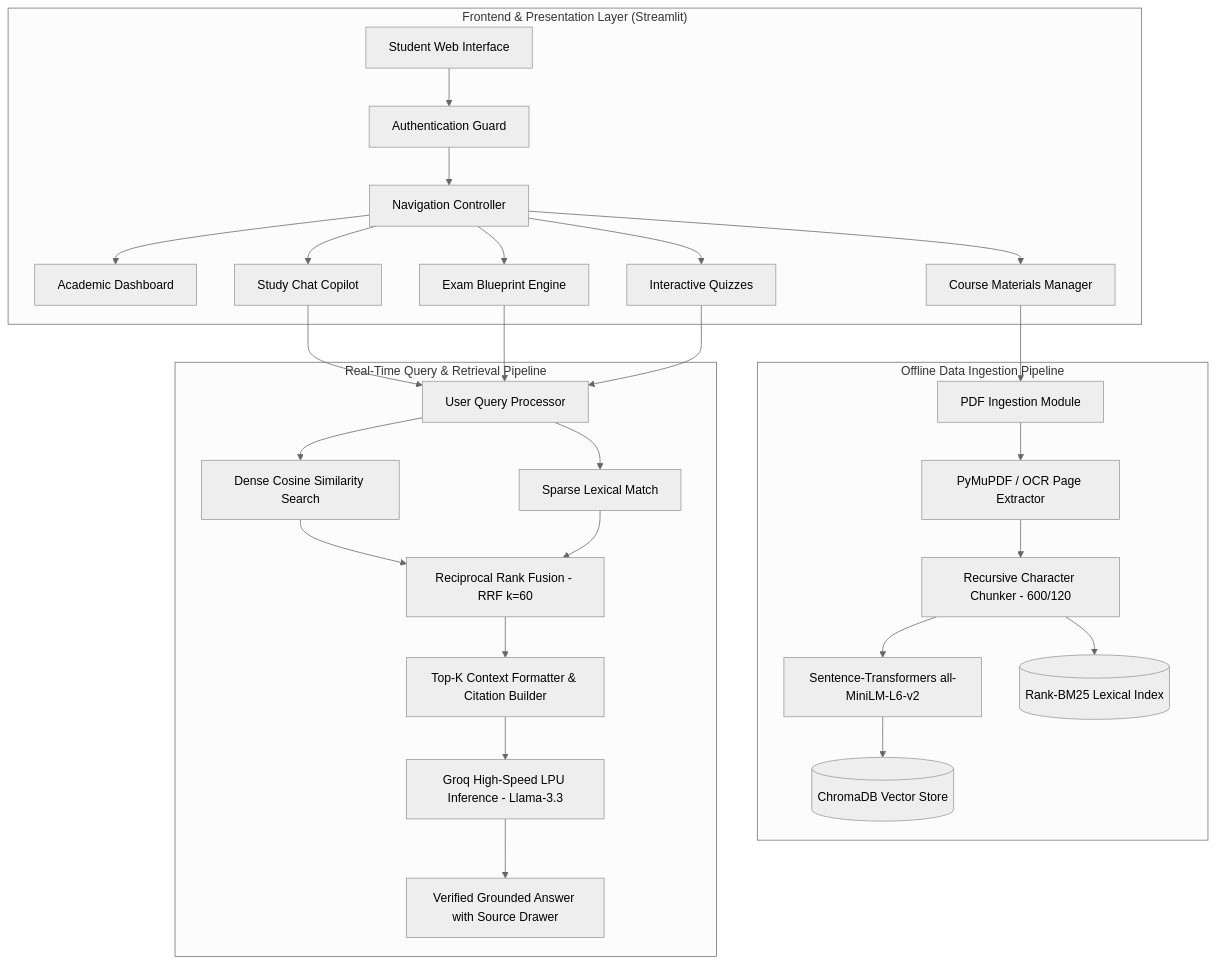
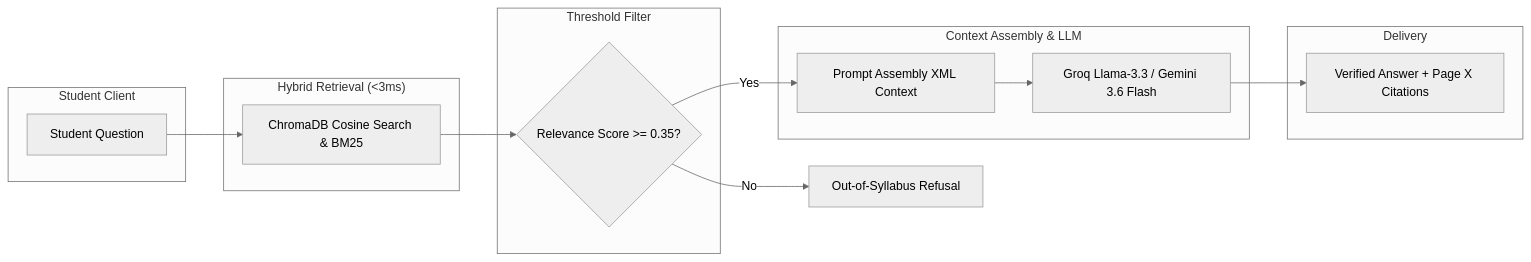
The diagram in docs/CourseCompass_AI_Documentation.md (maheswarnarreddy143/Course-compass-AI), drawn with Mermaid (neutral theme) before and after one commit. The commit also changed other lines of this file and 2 other files, not shown here.

Commit message:
Update documentation to match 7-page university template layout from page 2 onward

````diff
--- a/docs/CourseCompass_AI_Documentation.md
+++ b/docs/CourseCompass_AI_Documentation.md
@@ -55,32 +69,30 @@
 ```mermaid
-graph TD
-    subgraph UI_Layer ["Frontend & Presentation Layer (Streamlit)"]
-        A[Student Web Interface] --> B[Authentication Guard]
-        B --> C[Navigation Controller]
-        C --> D1[Academic Dashboard]
-        C --> D2[Study Chat Copilot]
-        C --> D3[Exam Blueprint Engine]
-        C --> D4[Interactive Quizzes]
-        C --> D5[Course Materials Manager]
+graph LR
+    subgraph Client ["Student Client"]
+        A[Student Question]
     end
 
-    subgraph Ingestion_Pipeline ["Offline Data Ingestion Pipeline"]
-        D5 --> E[PDF Ingestion Module]
-        E --> F[PyMuPDF / OCR Page Extractor]
-        F --> G[Recursive Character Chunker - 600/120]
-        G --> H[Sentence-Transformers all-MiniLM-L6-v2]
-        H --> I1[(ChromaDB Vector Store)]
-        G --> I2[(Rank-BM25 Lexical Index)]
+    subgraph Retrieval ["Hybrid Retrieval (<3ms)"]
+        B[ChromaDB Cosine Search & BM25]
     end
 
-    subgraph Query_Pipeline ["Real-Time Query & Retrieval Pipeline"]
-        D2 & D3 & D4 --> J[User Query Processor]
-        J --> K1[Dense Cosine Similarity Search]
-        J --> K2[Sparse Lexical Match]
-        K1 --> L[Reciprocal Rank Fusion - RRF k=60]
-        K2 --> L
-        L --> M[Top-K Context Formatter & Citation Builder]
-        M --> N[Groq High-Speed LPU Inference - Llama-3.3]
-        N --> O[Verified Grounded Answer with Source Drawer]
+    subgraph Validation ["Threshold Filter"]
+        C{Relevance Score >= 0.35?}
     end
+
+    subgraph Generation ["Context Assembly & LLM"]
+        D[Prompt Assembly XML Context]
+        E[Groq Llama-3.3 / Gemini 3.6 Flash]
+    end
+
+    subgraph Response ["Delivery"]
+        F[Verified Answer + Page X Citations]
+    end
+
+    A --> B
+    B --> C
+    C -- Yes --> D
+    C -- No --> G[Out-of-Syllabus Refusal]
+    D --> E
+    E --> F
 ```
````
